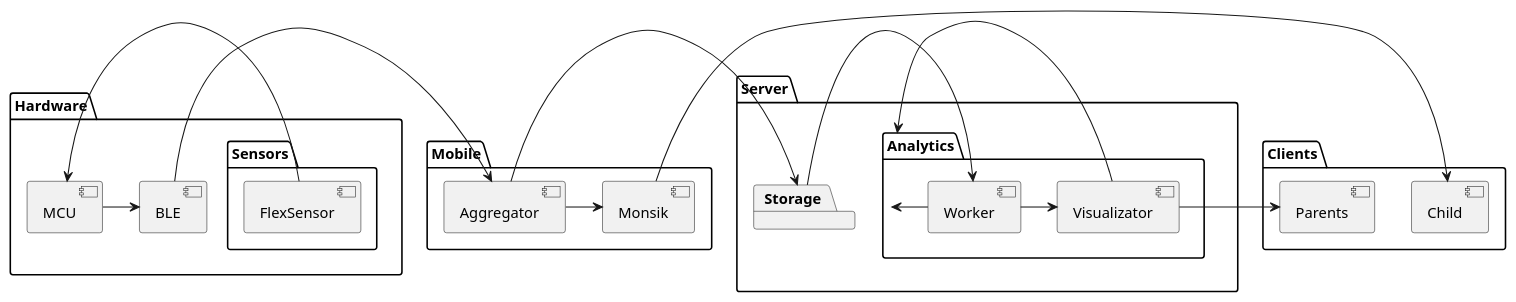
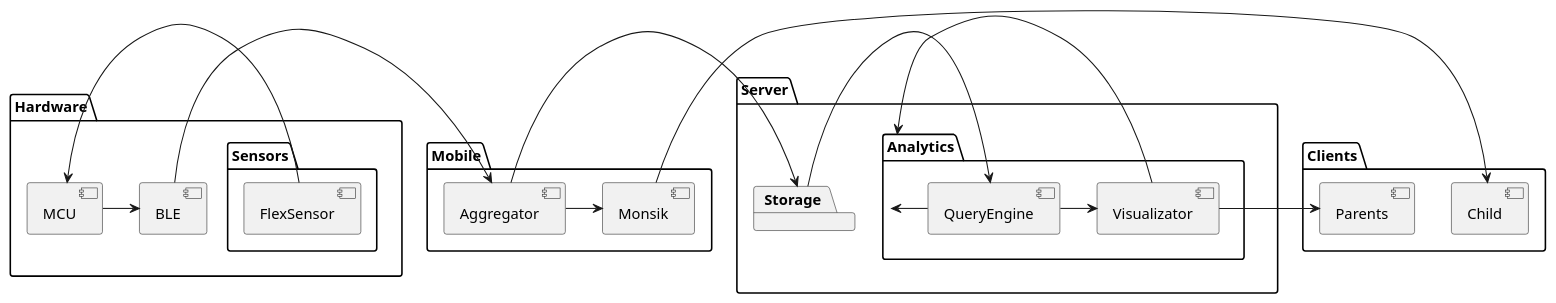
The diagram in architecture.puml (motorica-org/telemetry-docs), drawn with PlantUML before and after one commit.

Commit message:
feat(Architecture): Rename Worker -> QueryEngine

```diff
--- a/architecture.puml
+++ b/architecture.puml
@@ -1,39 +1,39 @@
 @startuml
 skinparam componentStyle uml2
 
 package Hardware {
     component MCU
     component BLE
 
     package Sensors {
         [FlexSensor] -> [MCU]
     }
 
     [MCU] -> [BLE]
 }
 
 package Mobile {
     [BLE] -> [Aggregator]
     [Aggregator] -> [Monsik]
 }
 
 package Server {
     package Storage {
         [Aggregator] -> [Storage]
     }
     package Analytics {
-        [Storage] -> [Worker]
-        [Worker] -> [Visualizator]
+        [Storage] -> [QueryEngine]
+        [QueryEngine] -> [Visualizator]
     }
 }
 
 package Clients {
     [Child] <- [Monsik]
 
     [Parents] <- [Visualizator]
 
-    [Analytics] <- [Worker]
+    [Analytics] <- [QueryEngine]
     [Analytics] <- [Visualizator]
 }
 
 @enduml
```
